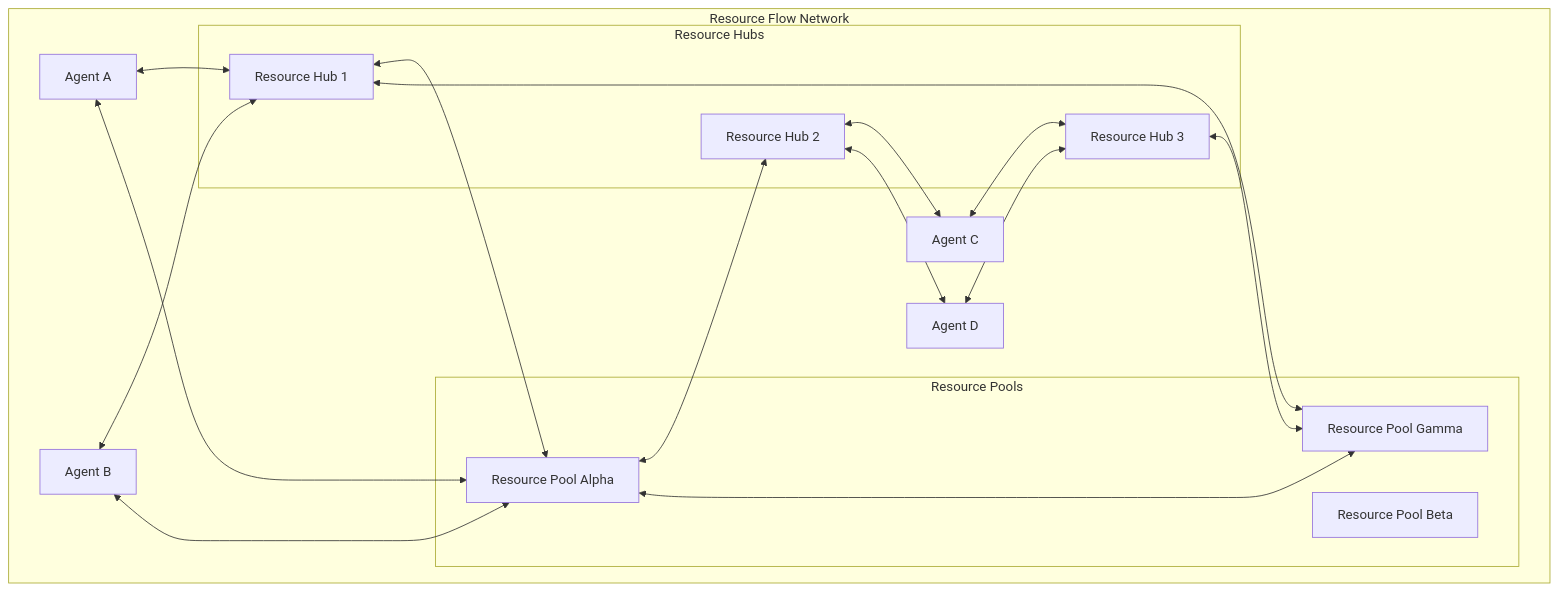
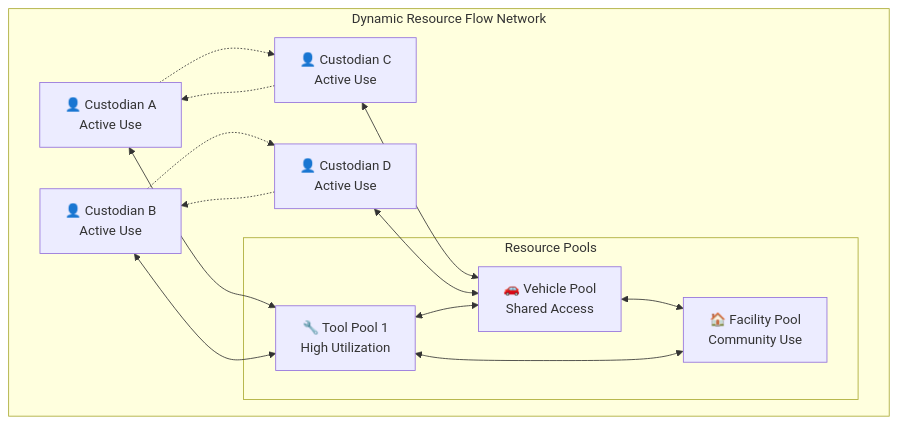
One commit to Sensorica/nondominium changed the second of 7 diagrams in documentation/specifications/resource-transport-flow-protocol.md. Above: the diagram before and after it, drawn with Mermaid. The commit also changed other lines of this file and 1 other file, not shown here.

````diff
--- a/documentation/specifications/resource-transport-flow-protocol.md
+++ b/documentation/specifications/resource-transport-flow-protocol.md
@@ -167,36 +50,28 @@
 ```mermaid
 graph TB
-    subgraph "Resource Flow Network"
-        A[Agent A]
-        B[Agent B]
-        C[Agent C]
-        D[Agent D]
+    subgraph "Dynamic Resource Flow Network"
+        A[👤 Custodian A<br/>Active Use]
+        B[👤 Custodian B<br/>Active Use]
+        C[👤 Custodian C<br/>Active Use]
+        D[👤 Custodian D<br/>Active Use]
 
         subgraph "Resource Pools"
-            RP[Resource Pool Alpha]
-            RPB[Resource Pool Beta]
-            RPG[Resource Pool Gamma]
-        end
-
-        subgraph "Resource Hubs"
-            RH1[Resource Hub 1]
-            RH2[Resource Hub 2]
-            RH3[Resource Hub 3]
+            R1[🔧 Tool Pool 1<br/>High Utilization]
+            R2[🚗 Vehicle Pool<br/>Shared Access]
+            R3[🏠 Facility Pool<br/>Community Use]
         end
     end
 
-    A <--> RH1
-    B <--> RH1
-    RH1 <--> RP
-    RP <--> RH2
-    RH2 <--> C
-    RH2 <--> D
-    D <--> RH3
-    C <--> RH3
-    RH3 <--> RPG
-    RPG <--> RH1
+    A <--> R1
+    B <--> R1
+    C <--> R2
+    D <--> R2
+    R1 <--> R2
+    R2 <--> R3
+    R3 <--> R1
 
-    A <--> RP
-    B <--> RP
-    RP <--> RPG
+    A -.-> C
+    B -.-> D
+    C -.-> A
+    D -.-> B
 ```
````
